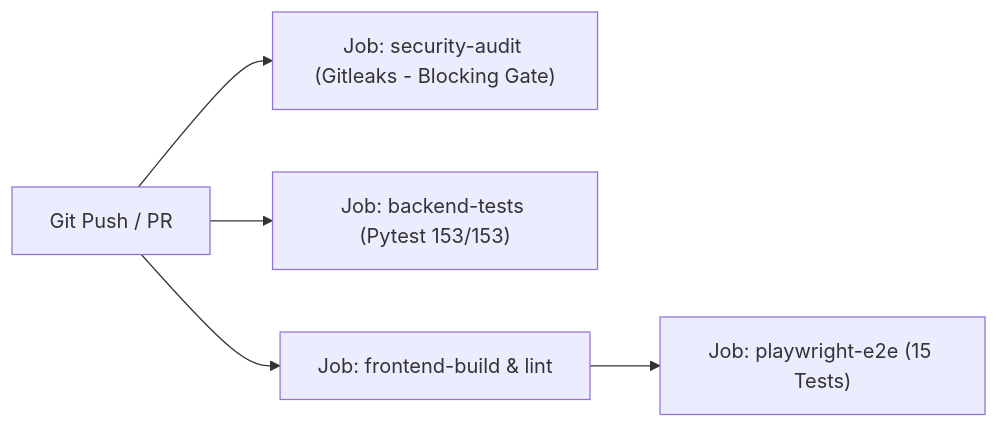
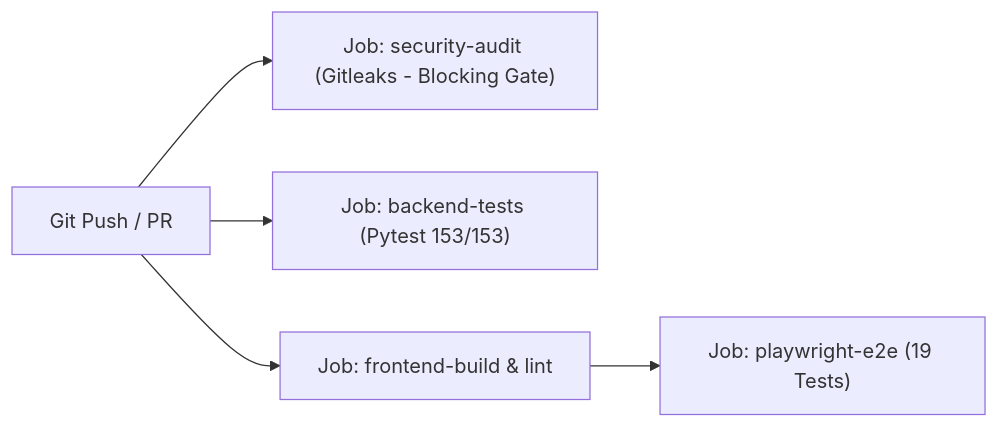
Before and after one commit to tripzydevops/stock-report: the diagram in docs/SECURITY_AND_AUTHORIZATION_ARCHITECTURE.md, drawn with Mermaid. The commit also changed other lines of this file and 13 other files, not shown here.

````diff
--- a/docs/SECURITY_AND_AUTHORIZATION_ARCHITECTURE.md
+++ b/docs/SECURITY_AND_AUTHORIZATION_ARCHITECTURE.md
@@ -116,7 +130,7 @@
 ```mermaid
 flowchart LR
     Commit["Git Push / PR"] --> SecurityAudit["Job: security-audit (Gitleaks - Blocking Gate)"]
     Commit --> BackendTests["Job: backend-tests (Pytest 153/153)"]
     Commit --> FrontendLint["Job: frontend-build & lint"]
-    FrontendLint --> PlaywrightE2E["Job: playwright-e2e (15 Tests)"]
+    FrontendLint --> PlaywrightE2E["Job: playwright-e2e (19 Tests)"]
 ```
````
